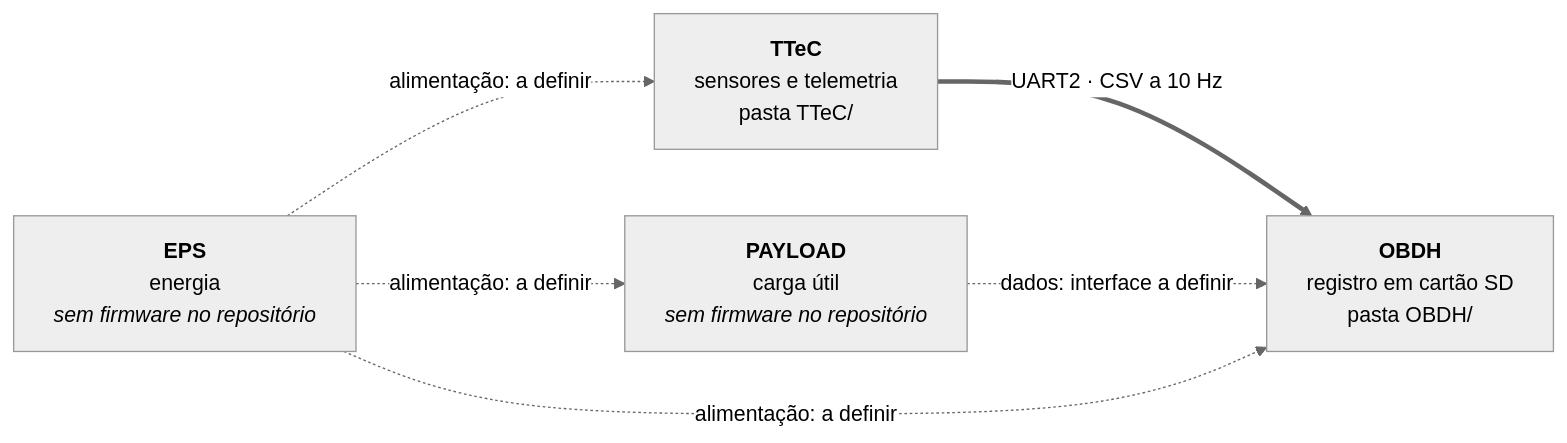
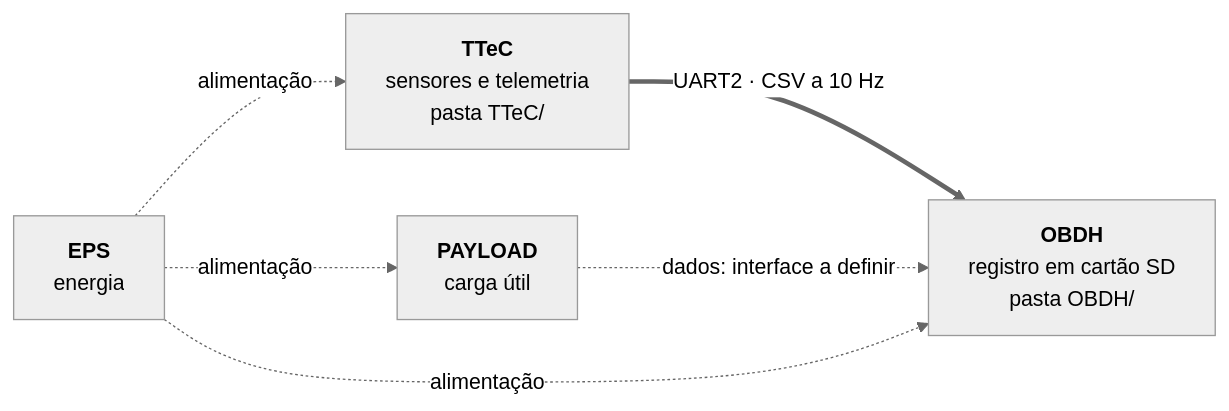
One commit to brunozer09/2u-emergency changed the first of 3 diagrams in ARQUITETURA.md. Above: the diagram before and after it, drawn with Mermaid (neutral theme). The commit also changed other lines of this file, not shown here.

````diff
--- a/ARQUITETURA.md
+++ b/ARQUITETURA.md
@@ -7,13 +7,13 @@
 ```mermaid
 flowchart LR
-    EPS["<b>EPS</b><br/>energia<br/><i>sem firmware no repositório</i>"]
+    EPS["<b>EPS</b><br/>energia<br/>"]
     TTeC["<b>TTeC</b><br/>sensores e telemetria<br/>pasta TTeC/"]
     OBDH["<b>OBDH</b><br/>registro em cartão SD<br/>pasta OBDH/"]
-    PAYLOAD["<b>PAYLOAD</b><br/>carga útil<br/><i>sem firmware no repositório</i>"]
+    PAYLOAD["<b>PAYLOAD</b><br/>carga útil<br/>"]
 
     TTeC == "UART2 · CSV a 10 Hz" ==> OBDH
     PAYLOAD -. "dados: interface a definir" .-> OBDH
-    EPS -. "alimentação: a definir" .-> TTeC
-    EPS -. "alimentação: a definir" .-> OBDH
-    EPS -. "alimentação: a definir" .-> PAYLOAD
+    EPS -. "alimentação" .-> TTeC
+    EPS -. "alimentação" .-> OBDH
+    EPS -. "alimentação" .-> PAYLOAD
 ```
````
